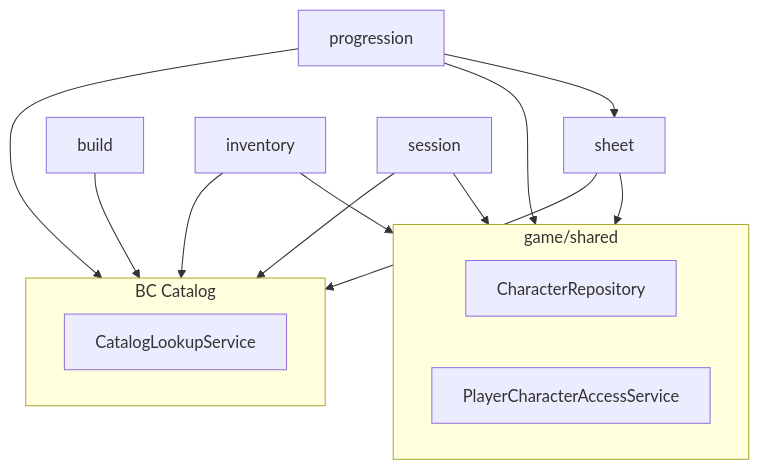
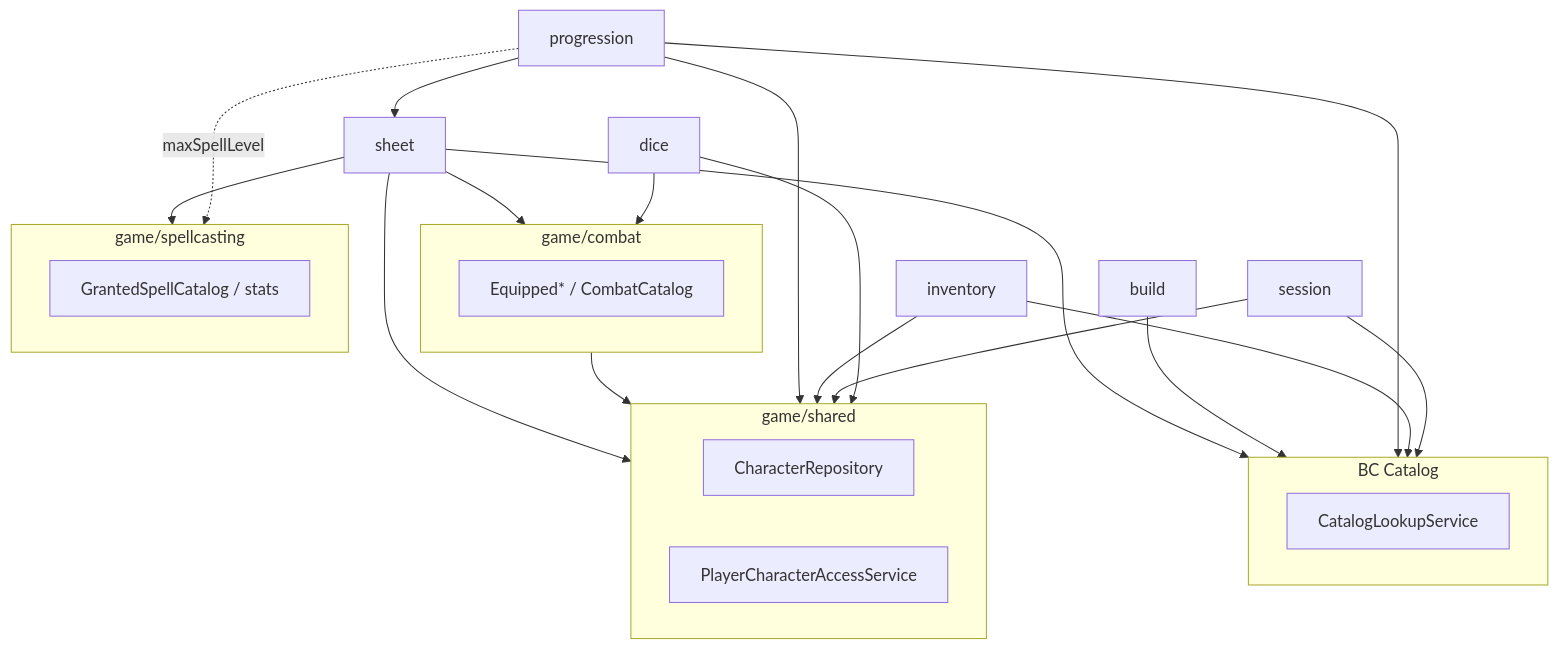
The diagram in docs/architecture/game-module-structure.md (Lucas-PB1/dnd-back), drawn with Mermaid before and after one commit. The commit also changed other lines of this file and 60 other files, not shown here.

First line of the commit message:
Refactor game module structure by extracting combat and spellcasting submodules

````diff
--- a/docs/architecture/game-module-structure.md
+++ b/docs/architecture/game-module-structure.md
@@ -38,22 +42,36 @@
 ```mermaid
 flowchart TB
   subgraph shared [game/shared]
     R[CharacterRepository]
     A[PlayerCharacterAccessService]
   end
 
   subgraph catalog [BC Catalog]
     L[CatalogLookupService]
   end
 
+  subgraph combat [game/combat]
+    C[Equipped* / CombatCatalog]
+  end
+
+  subgraph spell [game/spellcasting]
+    S[GrantedSpellCatalog / stats]
+  end
+
   sheet --> shared
   sheet --> catalog
+  sheet --> combat
+  sheet --> spell
+  combat --> shared
   build --> catalog
   progression --> shared
   progression --> catalog
   progression --> sheet
+  progression -.->|maxSpellLevel| spell
   inventory --> shared
   inventory --> catalog
   session --> shared
   session --> catalog
+  dice --> shared
+  dice --> combat
 ```
````
